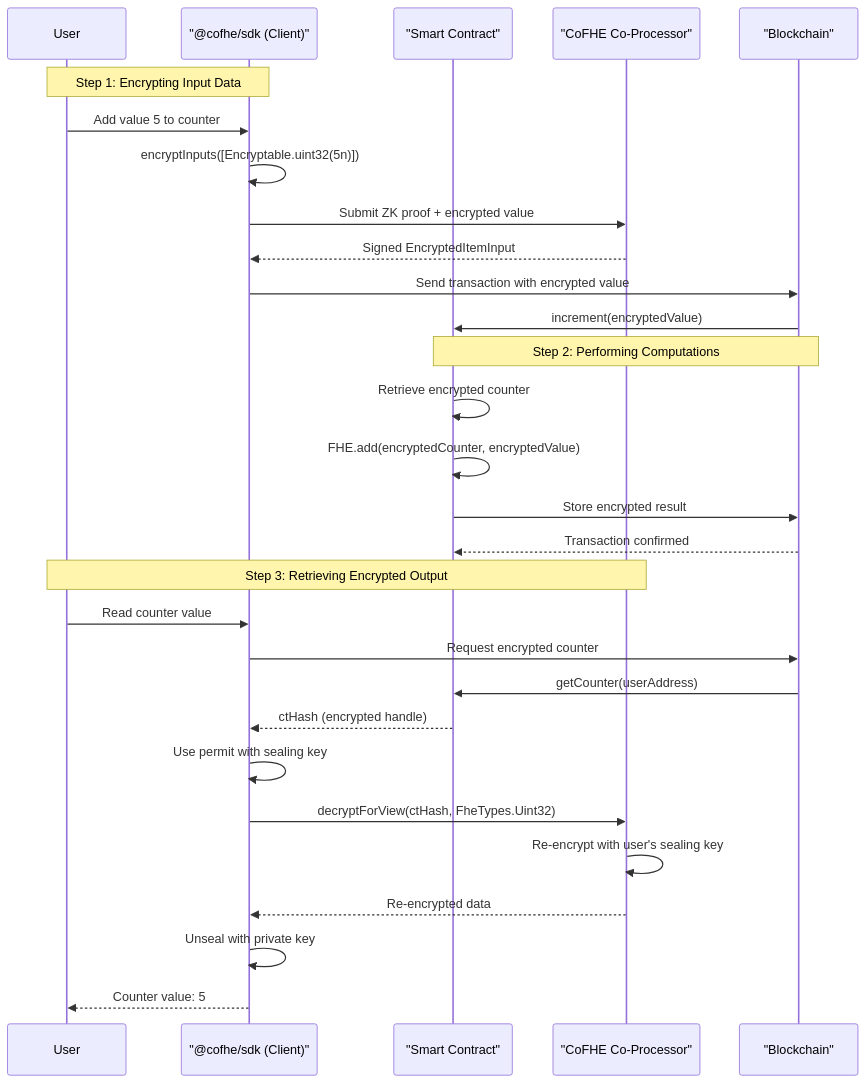
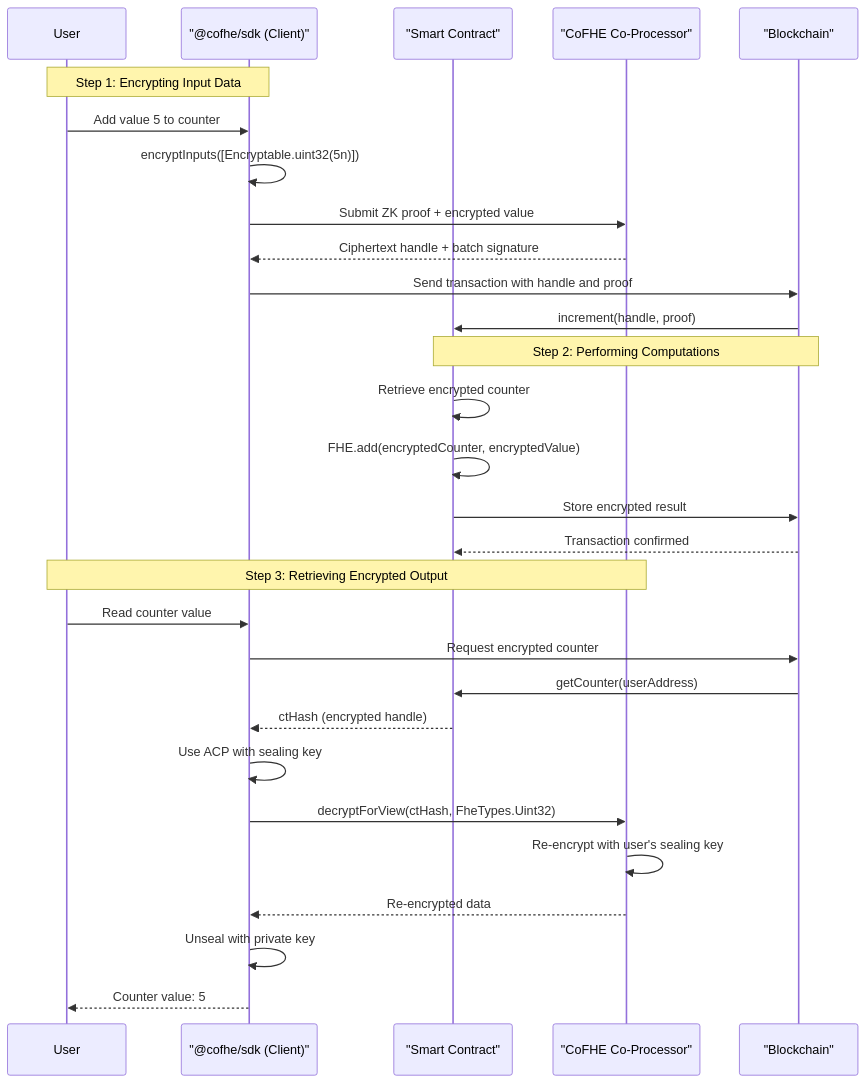
One commit to FhenixProtocol/fhenix-developer-docs changed the diagram in client-sdk/introduction/mental-model.mdx. Above: the diagram before and after it, drawn with Mermaid. The commit also changed other lines of this file and 1 other file, not shown here.

First line of the commit message:
[DOCS] client-sdk/introduction: move overview and mental model to 0.7

````diff
--- a/client-sdk/introduction/mental-model.mdx
+++ b/client-sdk/introduction/mental-model.mdx
@@ -93,35 +93,35 @@
 ```mermaid
 sequenceDiagram
     participant User
     participant SDK as "@cofhe/sdk (Client)"
     participant Contract as "Smart Contract"
     participant CoFHE as "CoFHE Co-Processor"
     participant Blockchain as "Blockchain"
 
     Note over User,SDK: Step 1: Encrypting Input Data
     User->>SDK: Add value 5 to counter
     SDK->>SDK: encryptInputs([Encryptable.uint32(5n)])
     SDK->>CoFHE: Submit ZK proof + encrypted value
-    CoFHE-->>SDK: Signed EncryptedItemInput
-    SDK->>Blockchain: Send transaction with encrypted value
-    Blockchain->>Contract: increment(encryptedValue)
+    CoFHE-->>SDK: Ciphertext handle + batch signature
+    SDK->>Blockchain: Send transaction with handle and proof
+    Blockchain->>Contract: increment(handle, proof)
 
     Note over Contract,Blockchain: Step 2: Performing Computations
     Contract->>Contract: Retrieve encrypted counter
     Contract->>Contract: FHE.add(encryptedCounter, encryptedValue)
     Contract->>Blockchain: Store encrypted result
     Blockchain-->>Contract: Transaction confirmed
 
     Note over User,CoFHE: Step 3: Retrieving Encrypted Output
     User->>SDK: Read counter value
     SDK->>Blockchain: Request encrypted counter
     Blockchain->>Contract: getCounter(userAddress)
     Contract-->>SDK: ctHash (encrypted handle)
 
-    SDK->>SDK: Use permit with sealing key
+    SDK->>SDK: Use ACP with sealing key
     SDK->>CoFHE: decryptForView(ctHash, FheTypes.Uint32)
     CoFHE->>CoFHE: Re-encrypt with user's sealing key
     CoFHE-->>SDK: Re-encrypted data
     SDK->>SDK: Unseal with private key
     SDK-->>User: Counter value: 5
 ```
````
